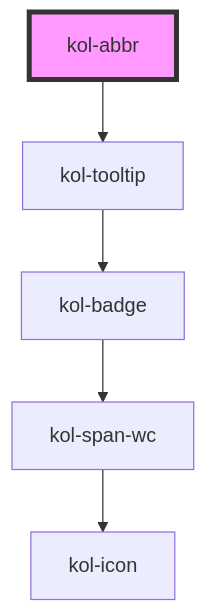
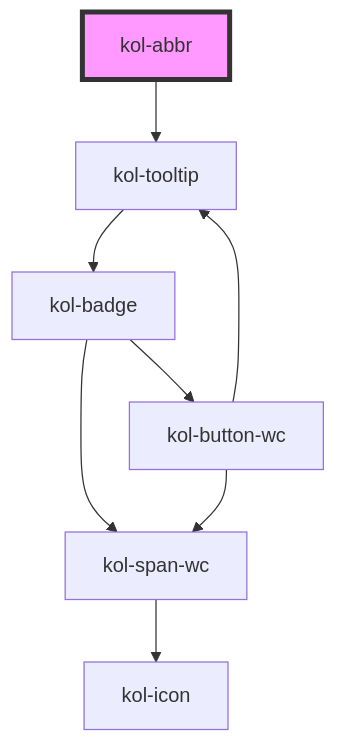
The diagram in packages/library/src/components/abbr/readme.md (public-ui/kolibri), drawn with Mermaid before and after one commit. The commit also changed 33 other files, not shown here.

````diff
--- a/packages/library/src/components/abbr/readme.md
+++ b/packages/library/src/components/abbr/readme.md
@@ -62,8 +62,11 @@
 ```mermaid
 graph TD;
   kol-abbr --> kol-tooltip
   kol-tooltip --> kol-badge
   kol-badge --> kol-span-wc
+  kol-badge --> kol-button-wc
   kol-span-wc --> kol-icon
+  kol-button-wc --> kol-span-wc
+  kol-button-wc --> kol-tooltip
   style kol-abbr fill:#f9f,stroke:#333,stroke-width:4px
 ```
````
